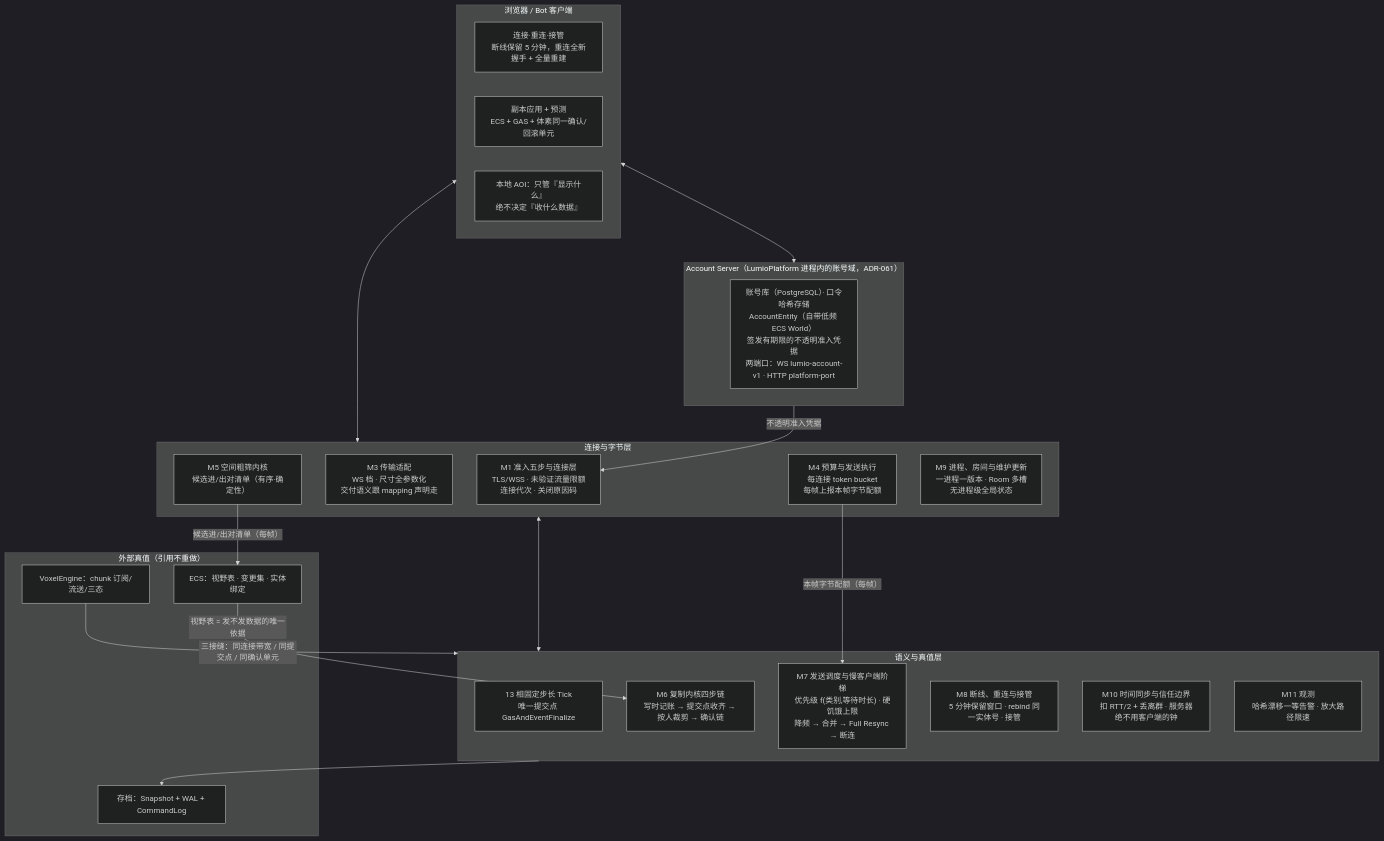
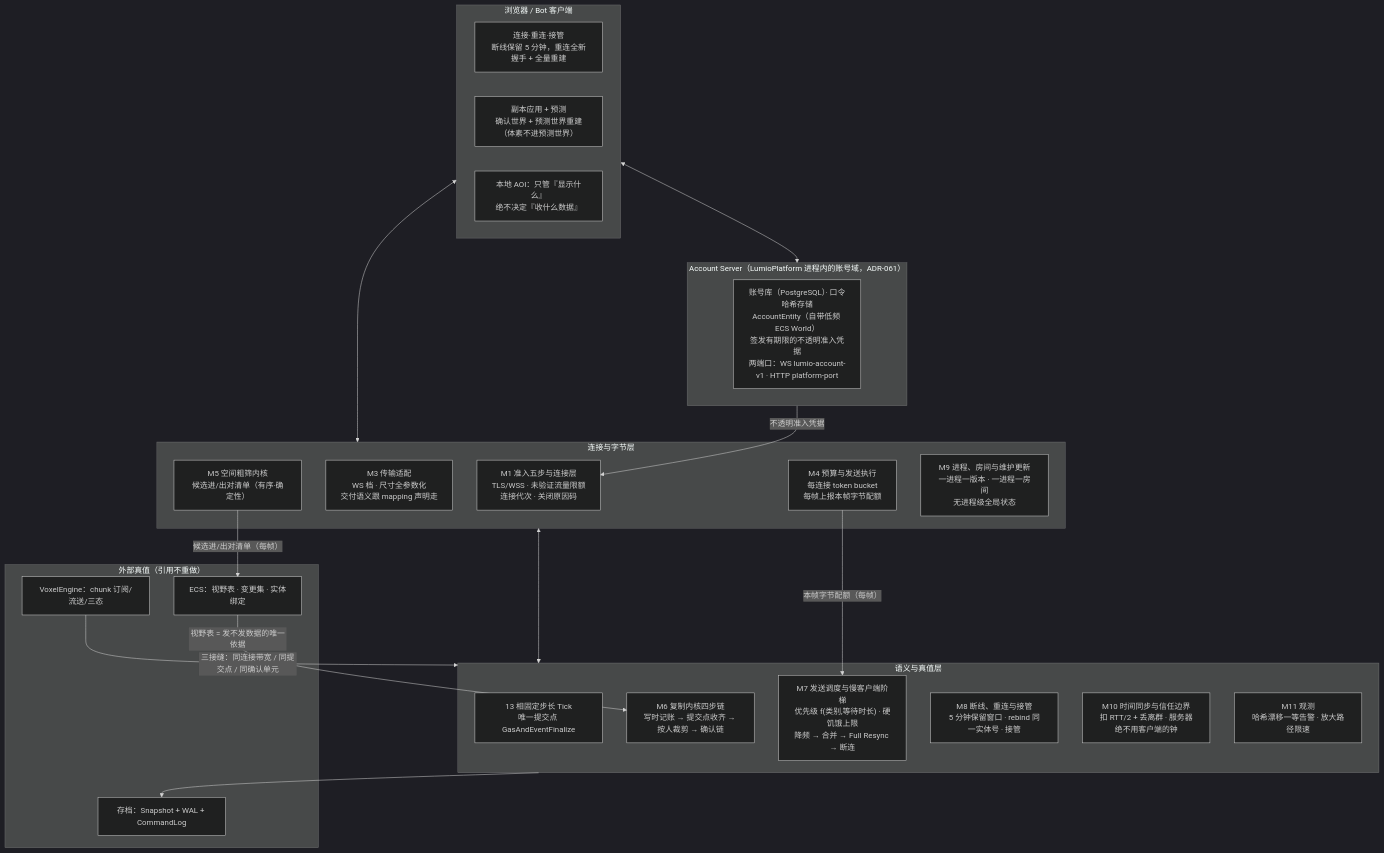
Before and after one commit to LumioGames/LumioGameEngine: the first of 3 diagrams in .spec/knowledge/features/ds-server.md, drawn with Mermaid (dark theme). The commit also changed other lines of this file and 20 other files, not shown here.

````diff
--- a/.spec/knowledge/features/ds-server.md
+++ b/.spec/knowledge/features/ds-server.md
@@ -70,40 +70,40 @@
 ```mermaid
 flowchart TB
   subgraph BR["浏览器 / Bot 客户端"]
     BC["连接·重连·接管<br/>断线保留 5 分钟，重连全新握手 + 全量重建"]
-    BA["副本应用 + 预测<br/>ECS + GAS + 体素同一确认/回滚单元"]
+    BA["副本应用 + 预测<br/>确认世界 + 预测世界重建（体素不进预测世界）"]
     BAOI["本地 AOI：只管『显示什么』<br/>绝不决定『收什么数据』"]
   end
   subgraph AS["Account Server（LumioPlatform 进程内的账号域，ADR-061）"]
     A1["账号库（PostgreSQL）· 口令哈希存储<br/>AccountEntity（自带低频 ECS World）<br/>签发有期限的不透明准入凭据<br/>两端口：WS lumio-account-v1 · HTTP platform-port"]
   end
   subgraph EDGE["连接与字节层"]
     T1["M1 准入五步与连接层<br/>TLS/WSS · 未验证流量限额<br/>连接代次 · 关闭原因码"]
     T3["M3 传输适配<br/>WS 档 · 尺寸全参数化<br/>交付语义跟 mapping 声明走"]
     T4["M4 预算与发送执行<br/>每连接 token bucket<br/>每帧上报本帧字节配额"]
     T5["M5 空间粗筛内核<br/>候选进/出对清单（有序·确定性）"]
-    T9["M9 进程、房间与维护更新<br/>一进程一版本 · Room 多槽<br/>无进程级全局状态"]
+    T9["M9 进程、房间与维护更新<br/>一进程一版本 · 一进程一房间<br/>无进程级全局状态"]
   end
   subgraph SEM["语义与真值层"]
     C1["13 相固定步长 Tick<br/>唯一提交点 GasAndEventFinalize"]
     C6["M6 复制内核四步链<br/>写时记账 → 提交点收齐 → 按人裁剪 → 确认链"]
     C7["M7 发送调度与慢客户端阶梯<br/>优先级 f(类别,等待时长) · 硬饥饿上限<br/>降频 → 合并 → Full Resync → 断连"]
     C8["M8 断线、重连与接管<br/>5 分钟保留窗口 · rebind 同一实体号 · 接管"]
     C10["M10 时间同步与信任边界<br/>扣 RTT/2 + 丢离群 · 服务器绝不用客户端的钟"]
     C11["M11 观测<br/>哈希漂移一等告警 · 放大路径限速"]
   end
   subgraph EXT["外部真值（引用不重做）"]
     E1["ECS：视野表 · 变更集 · 实体绑定"]
     E2["VoxelEngine：chunk 订阅/流送/三态"]
     E3["存档：Snapshot + WAL + CommandLog"]
   end
   BR <--> AS
   BR <--> EDGE
   AS -- "不透明准入凭据" --> T1
   EDGE <--> SEM
   E1 -- "视野表 = 发不发数据的唯一依据" --> C6
   T5 -- "候选进/出对清单（每帧）" --> E1
   T4 -- "本帧字节配额（每帧）" --> C7
   E2 -- "三接缝：同连接带宽 / 同提交点 / 同确认单元" --> SEM
   SEM --> E3
 ```
````
